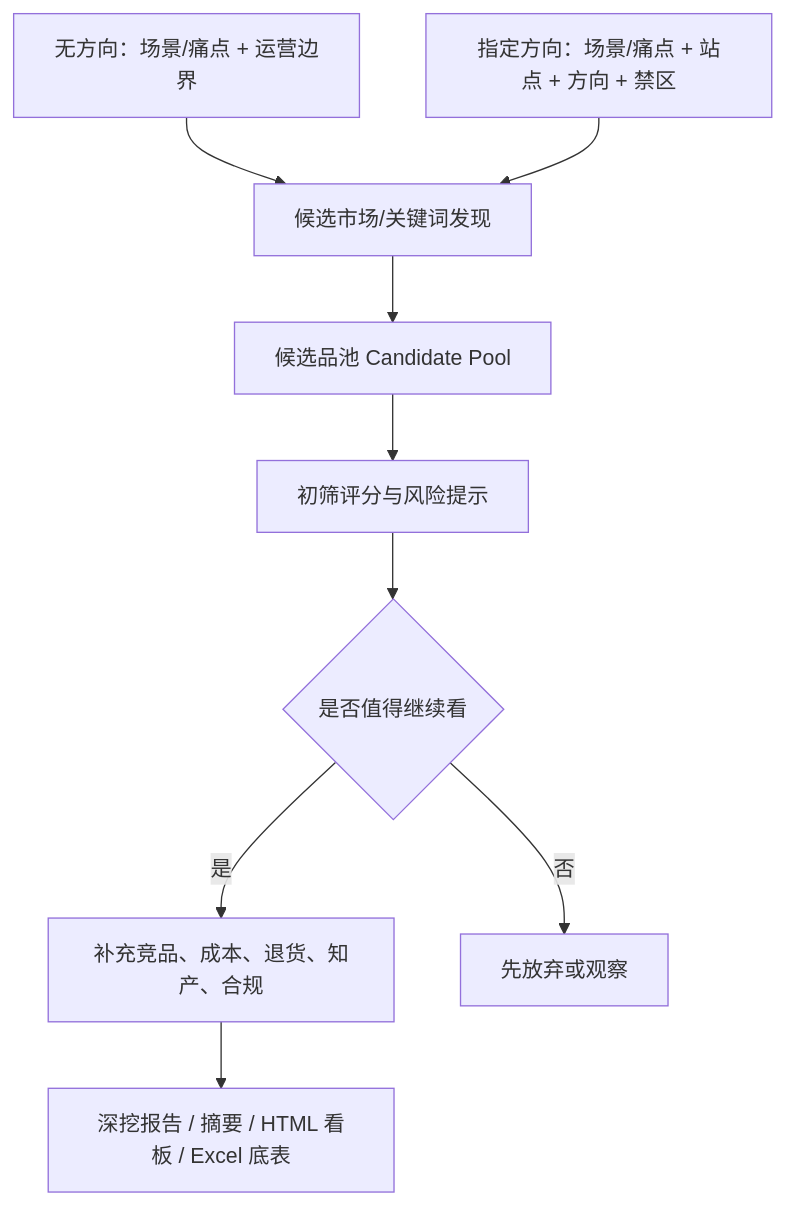
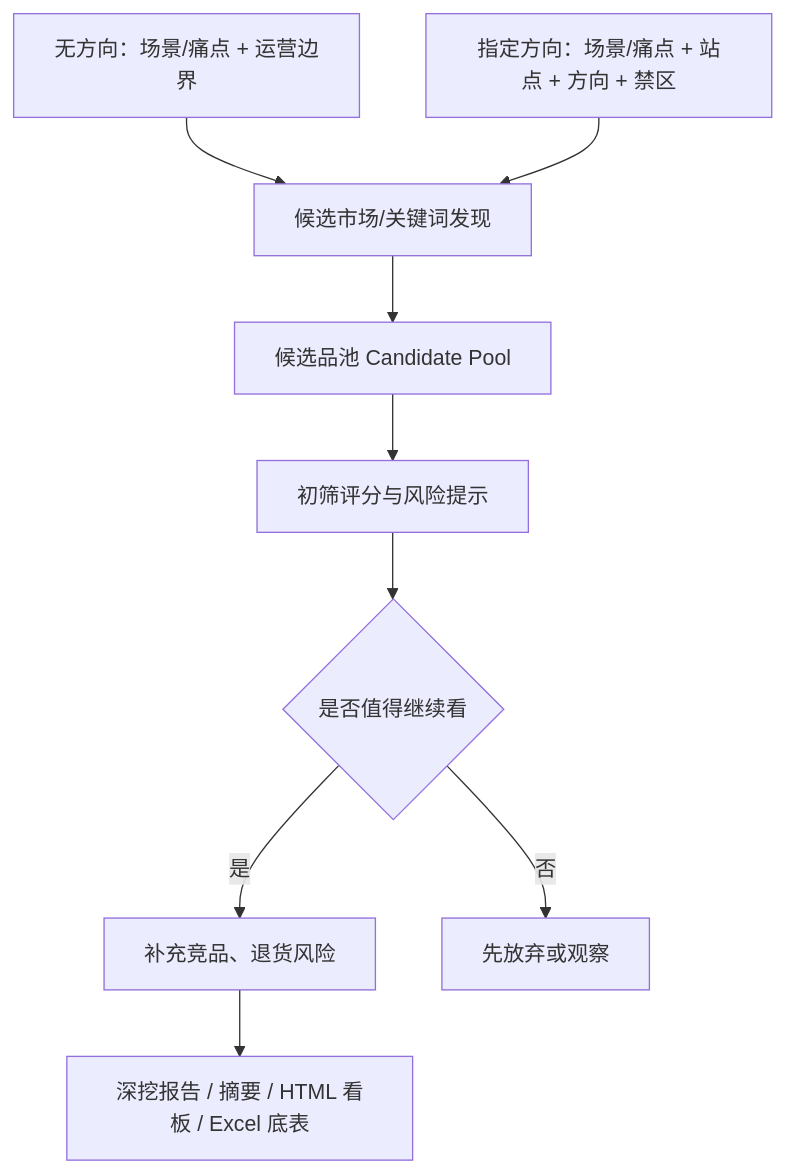
The diagram in docs/选品系统方向锚点.md (small-xiexu/amz-product-research-workbench), drawn with Mermaid before and after one commit. The commit also changed other lines of this file and 99 other files, not shown here.

````diff
--- a/docs/选品系统方向锚点.md
+++ b/docs/选品系统方向锚点.md
@@ -49,11 +43,11 @@
 ```mermaid
 flowchart TD
   A1["无方向：场景/痛点 + 运营边界"] --> B["候选市场/关键词发现"]
   A2["指定方向：场景/痛点 + 站点 + 方向 + 禁区"] --> B
   B --> C["候选品池 Candidate Pool"]
   C --> D["初筛评分与风险提示"]
   D --> E{"是否值得继续看"}
-  E -->|是| F["补充竞品、成本、退货、知产、合规"]
+  E -->|是| F["补充竞品、退货风险"]
   E -->|否| G["先放弃或观察"]
   F --> H["深挖报告 / 摘要 / HTML 看板 / Excel 底表"]
 ```
````
